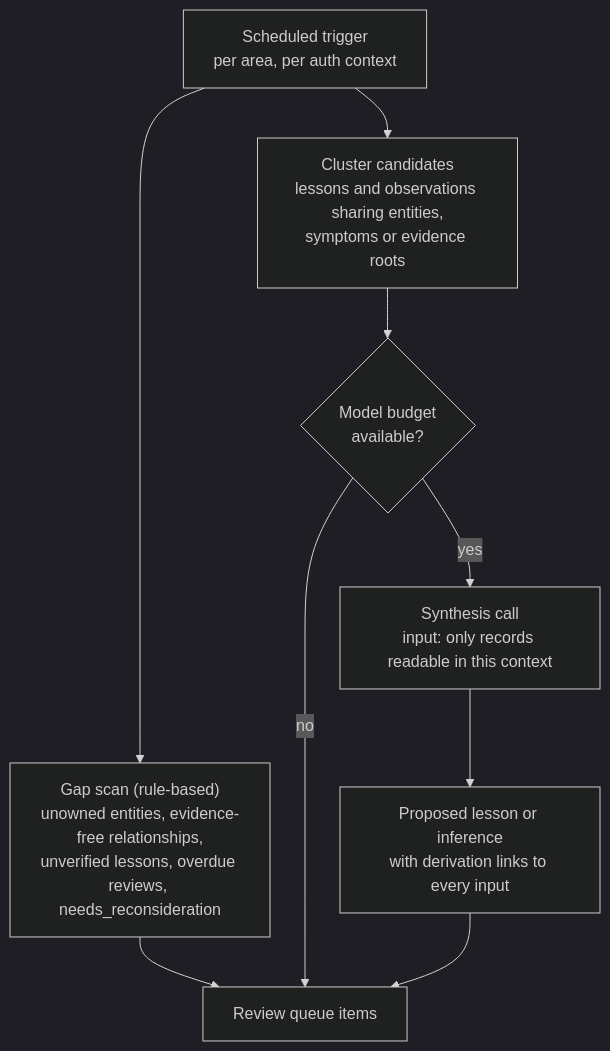
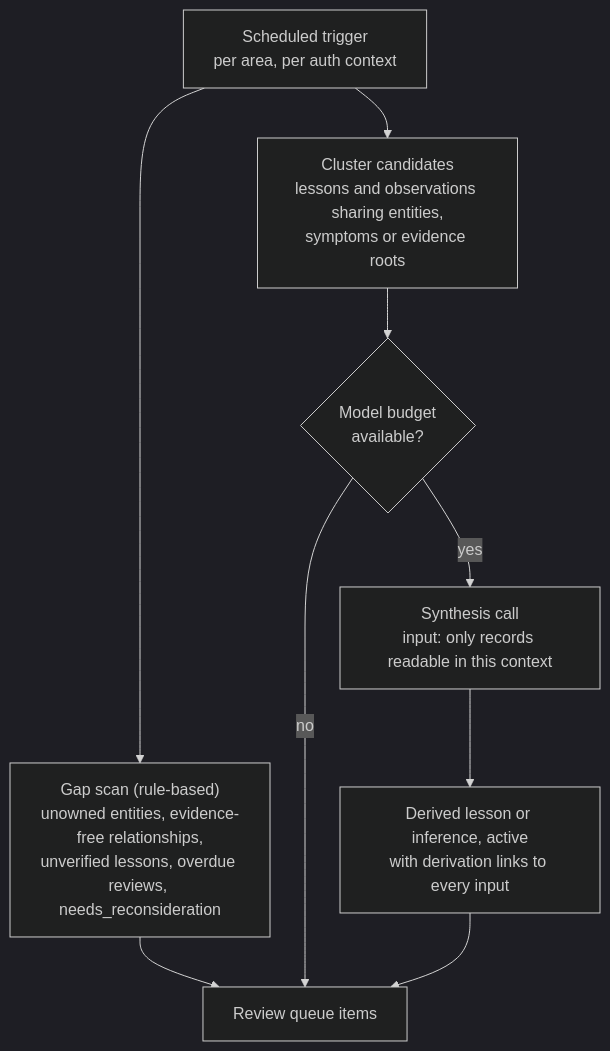
One commit to rztaylor/Froodbase changed the ninth of 11 diagrams in docs/planning/03-architecture-design.md. Above: the diagram before and after it, drawn with Mermaid (dark theme). The commit also changed other lines of this file and 14 other files, not shown here.

````diff
--- a/docs/planning/03-architecture-design.md
+++ b/docs/planning/03-architecture-design.md
@@ -527,11 +541,11 @@
 ```mermaid
 flowchart TD
     S["Scheduled trigger<br/>per area, per auth context"] --> G["Gap scan (rule-based)<br/>unowned entities, evidence-free relationships,<br/>unverified lessons, overdue reviews, needs_reconsideration"]
     G --> Q["Review queue items"]
     S --> C["Cluster candidates<br/>lessons and observations sharing entities,<br/>symptoms or evidence roots"]
     C --> B{"Model budget<br/>available?"}
     B -- no --> Q
     B -- yes --> Y["Synthesis call<br/>input: only records readable in this context"]
-    Y --> P["Proposed lesson or inference<br/>with derivation links to every input"]
+    Y --> P["Derived lesson or inference, active<br/>with derivation links to every input"]
     P --> Q
 ```
````
